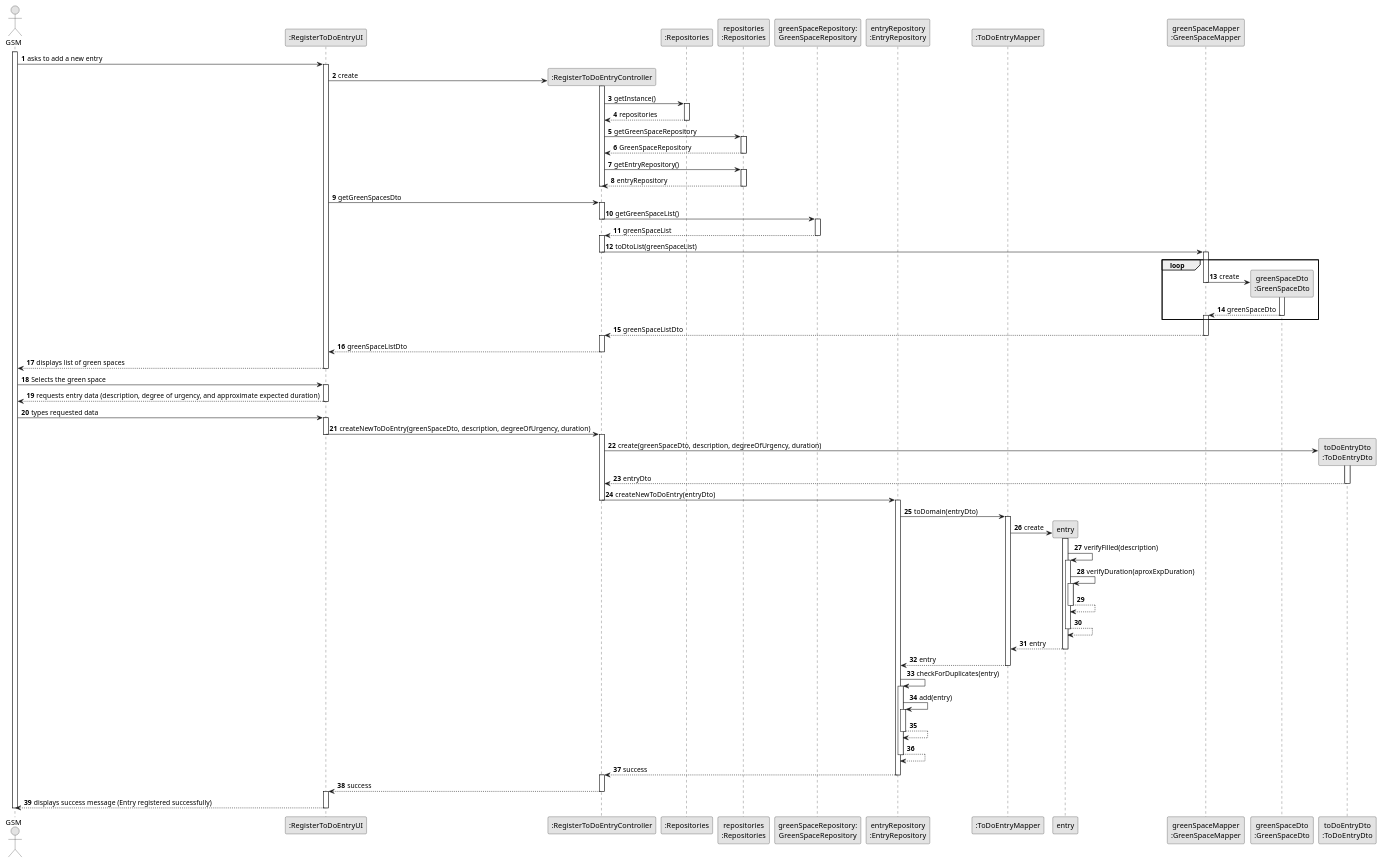
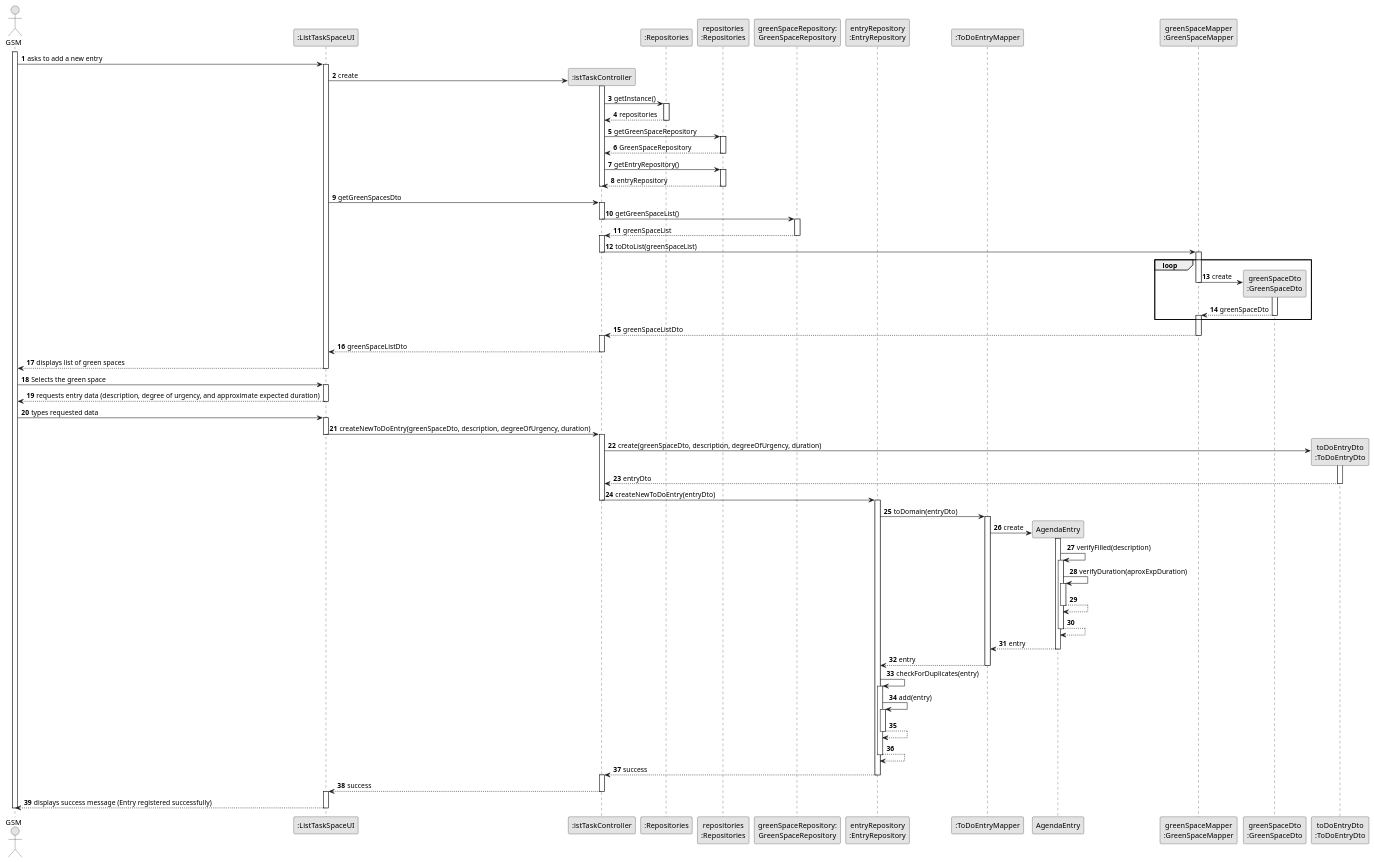
One commit to ricardomm7/leaflink changed the diagram in docs/sprintC/us021/03.design/puml/us021-sequence-diagram-full.puml. Above: the diagram before and after it, drawn with PlantUML. The commit also changed 1 other file, not shown here.

```diff
--- a/docs/sprintC/us021/03.design/puml/us021-sequence-diagram-full.puml
+++ b/docs/sprintC/us021/03.design/puml/us021-sequence-diagram-full.puml
@@ -2,166 +2,166 @@
 @startuml
 skinparam monochrome true
 skinparam packageStyle rectangle
 skinparam shadowing false
 
 
 autonumber
 
 actor "GSM" as GSM
-participant ":RegisterToDoEntryUI" as UI
-participant ":RegisterToDoEntryController" as CTRL
+participant ":ListTaskSpaceUI" as UI
+participant ":istTaskController" as CTRL
 participant ":Repositories" as RepositorySingleton
 participant "repositories\n:Repositories" as PLAT
 participant "greenSpaceRepository:\nGreenSpaceRepository" as GreenSpaceRepository
 participant "entryRepository\n:EntryRepository" as EntryRep
 participant ":ToDoEntryMapper" as ToDoEntryMapper
 
-participant "entry" as Entry
+participant "AgendaEntry" as Entry
 participant "greenSpaceMapper\n:GreenSpaceMapper" as GreenSpaceMapper
 participant "greenSpaceDto\n:GreenSpaceDto" as GreenSpaceDTO
 participant "toDoEntryDto\n:ToDoEntryDto" as ToDoEntryDto
 
 activate GSM
 
     GSM -> UI : asks to add a new entry
     activate UI
 
 
         UI -> CTRL** : create
         activate CTRL
 
         CTRL -> RepositorySingleton : getInstance()
         activate RepositorySingleton
 
 
         RepositorySingleton --> CTRL : repositories
         deactivate RepositorySingleton
 
         CTRL -> PLAT :getGreenSpaceRepository
         activate PLAT
 
 
         PLAT --> CTRL : GreenSpaceRepository
         deactivate PLAT
 
          CTRL -> PLAT : getEntryRepository()
         activate PLAT
 
         PLAT --> CTRL : entryRepository
         deactivate PLAT
         deactivate CTRL
 
         UI -> CTRL : getGreenSpacesDto
         activate CTRL
 
 
 
 
         CTRL -> GreenSpaceRepository : getGreenSpaceList()
         deactivate CTRL
         activate GreenSpaceRepository
 
         GreenSpaceRepository --> CTRL : greenSpaceList
         deactivate GreenSpaceRepository
         activate CTRL
 
         CTRL -> GreenSpaceMapper: toDtoList(greenSpaceList)
         deactivate CTRL
         activate GreenSpaceMapper
 
 
         loop
 
         GreenSpaceMapper -> GreenSpaceDTO** : create
         activate GreenSpaceDTO
         deactivate GreenSpaceMapper
 
         GreenSpaceDTO --> GreenSpaceMapper: greenSpaceDto
         deactivate GreenSpaceDTO
         activate GreenSpaceMapper
         end loop
 
         GreenSpaceMapper --> CTRL: greenSpaceListDto
         deactivate GreenSpaceMapper
         activate CTRL
 
         CTRL --> UI : greenSpaceListDto
         deactivate CTRL
 
 
         UI --> GSM : displays list of green spaces
         deactivate UI
 
         GSM -> UI : Selects the green space
         activate UI
 
         UI --> GSM : requests entry data (description, degree of urgency, and approximate expected duration)
         deactivate UI
 
         GSM -> UI : types requested data
         activate UI
 
         UI -> CTRL : createNewToDoEntry(greenSpaceDto, description, degreeOfUrgency, duration)
         deactivate UI
         activate CTRL
 
 CTRL -> ToDoEntryDto** : create(greenSpaceDto, description, degreeOfUrgency, duration)
 activate ToDoEntryDto
 ToDoEntryDto --> CTRL : entryDto
 deactivate ToDoEntryDto
 
         CTRL -> EntryRep : createNewToDoEntry(entryDto)
         deactivate CTRL
         activate EntryRep
 
 
 
 EntryRep -> ToDoEntryMapper : toDomain(entryDto)
 activate ToDoEntryMapper
 
 ToDoEntryMapper -> Entry** : create
 
 activate Entry
 Entry -> Entry : verifyFilled(description)
         activate Entry
 
         Entry -> Entry : verifyDuration(aproxExpDuration)
         activate Entry
 
         Entry --> Entry
         deactivate Entry
 
         Entry --> Entry
         deactivate Entry
 
 Entry --> ToDoEntryMapper : entry
 deactivate Entry
 
        ToDoEntryMapper -->EntryRep : entry
        deactivate ToDoEntryMapper
 
        EntryRep -> EntryRep : checkForDuplicates(entry)
        activate EntryRep
        EntryRep->EntryRep : add(entry)
        activate EntryRep
        EntryRep--> EntryRep
        deactivate EntryRep
          EntryRep--> EntryRep
               deactivate EntryRep
 
 
 
         EntryRep --> CTRL : success
         deactivate EntryRep
         activate CTRL
 
         CTRL --> UI : success
         deactivate CTRL
         activate UI
 
     UI --> GSM : displays success message (Entry registered successfully)
     deactivate UI
 
 deactivate GSM
 
 @enduml
```
